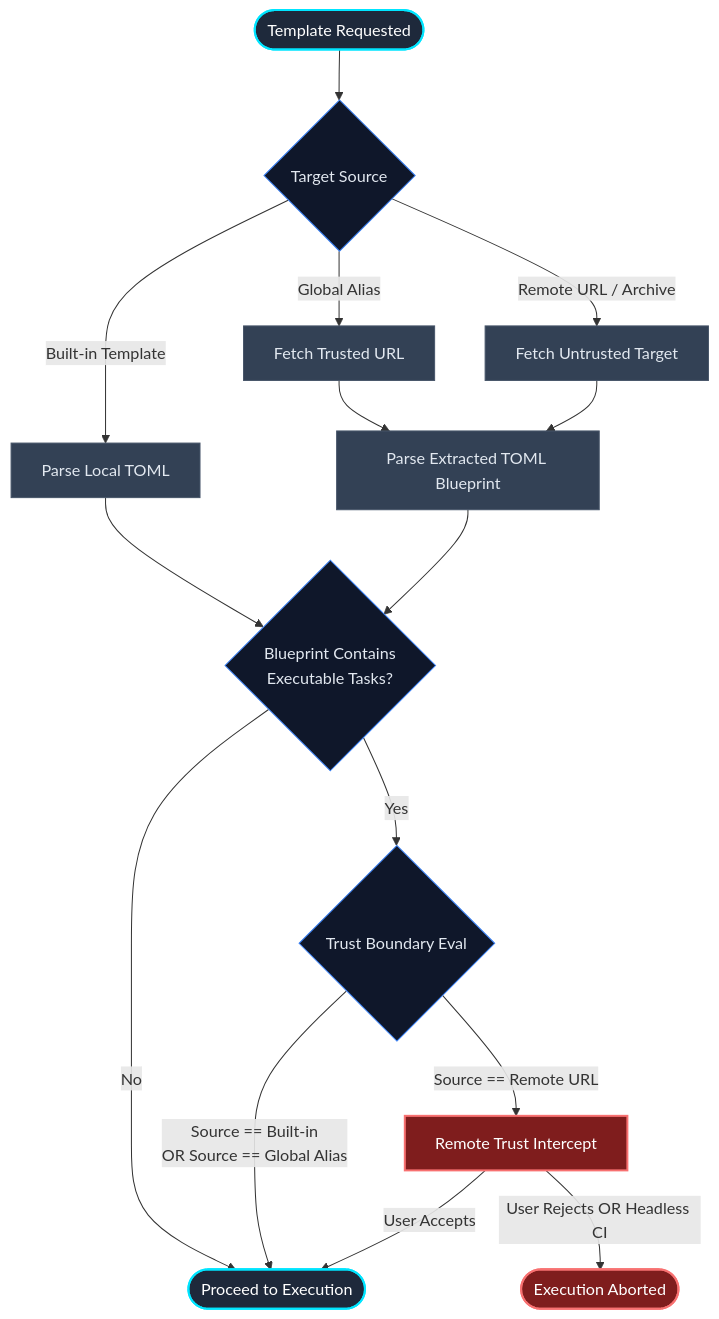
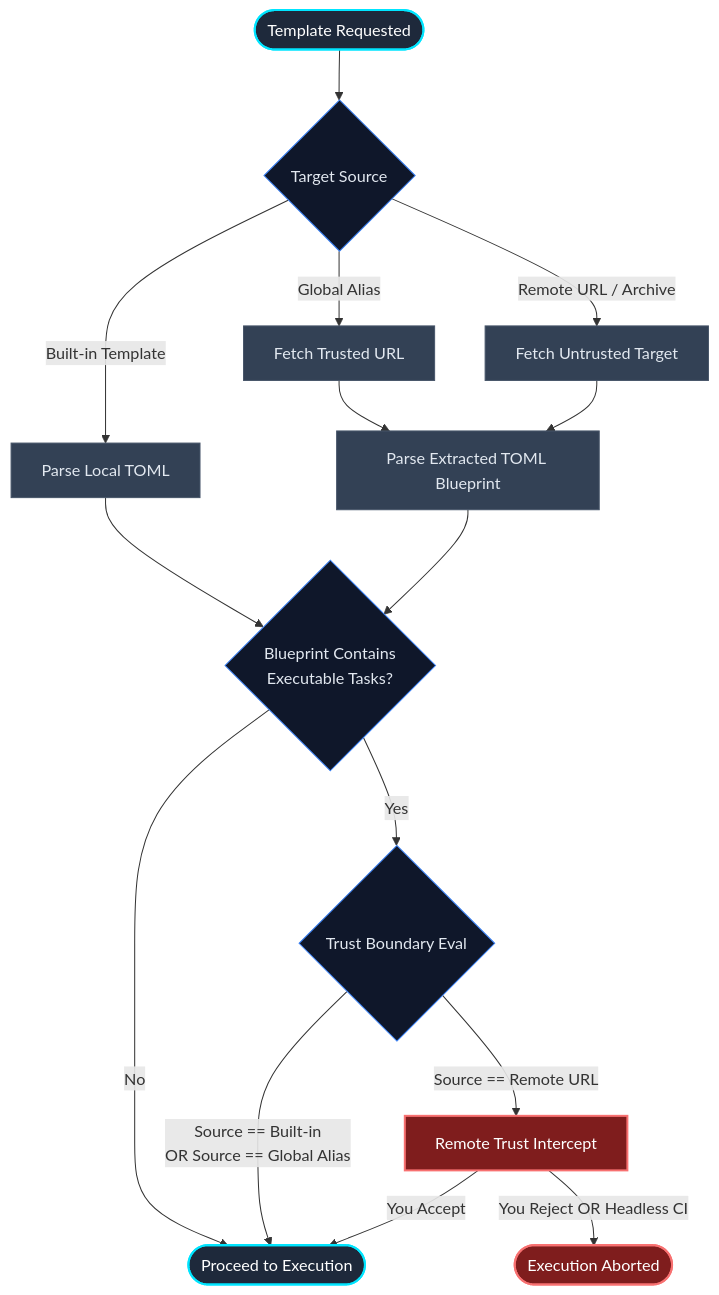
The diagram in docs/usage/templates.md (JacksonFergusonDev/protostar), drawn with Mermaid before and after one commit. The commit also changed 10 other files, not shown here.

````diff
--- a/docs/usage/templates.md
+++ b/docs/usage/templates.md
@@ -166,28 +166,28 @@
 ```mermaid
 flowchart TD
     classDef terminal fill:#1e293b,stroke:#00e5ff,stroke-width:2px,color:#fff;
     classDef process fill:#334155,stroke:#475569,stroke-width:1px,color:#e2e8f0;
     classDef security fill:#7f1d1d,stroke:#f87171,stroke-width:2px,color:#fff;
     classDef decision fill:#0f172a,stroke:#3b82f6,stroke-width:1px,color:#e2e8f0;
 
     Start([Template Requested]):::terminal --> ResolveTarget{Target Source}:::decision
 
     ResolveTarget -- Built-in Template --> ParseBuiltin[Parse Local TOML]:::process
     ResolveTarget -- Global Alias --> FetchAlias[Fetch Trusted URL]:::process
     ResolveTarget -- Remote URL / Archive --> FetchRemote[Fetch Untrusted Target]:::process
 
     FetchAlias --> ParseRemote[Parse Extracted TOML Blueprint]:::process
     FetchRemote --> ParseRemote
 
     ParseBuiltin --> HasTasks
     ParseRemote --> HasTasks{Blueprint Contains\nExecutable Tasks?}:::decision
 
     HasTasks -- No --> Execute([Proceed to Execution]):::terminal
     HasTasks -- Yes --> TrustCheck{Trust Boundary Eval}:::decision
 
     TrustCheck -- "Source == Built-in\nOR Source == Global Alias" --> Execute
     TrustCheck -- "Source == Remote URL" --> Dialog[Remote Trust Intercept]:::security
 
-    Dialog -- User Accepts --> Execute
-    Dialog -- User Rejects OR Headless CI --> Abort([Execution Aborted]):::security
+    Dialog -- You Accept --> Execute
+    Dialog -- You Reject OR Headless CI --> Abort([Execution Aborted]):::security
 ```
````
